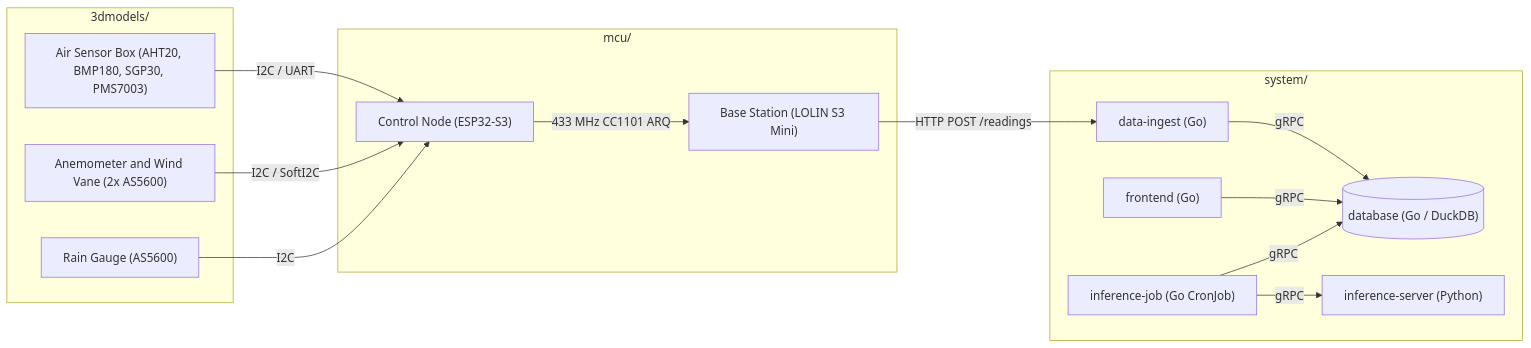
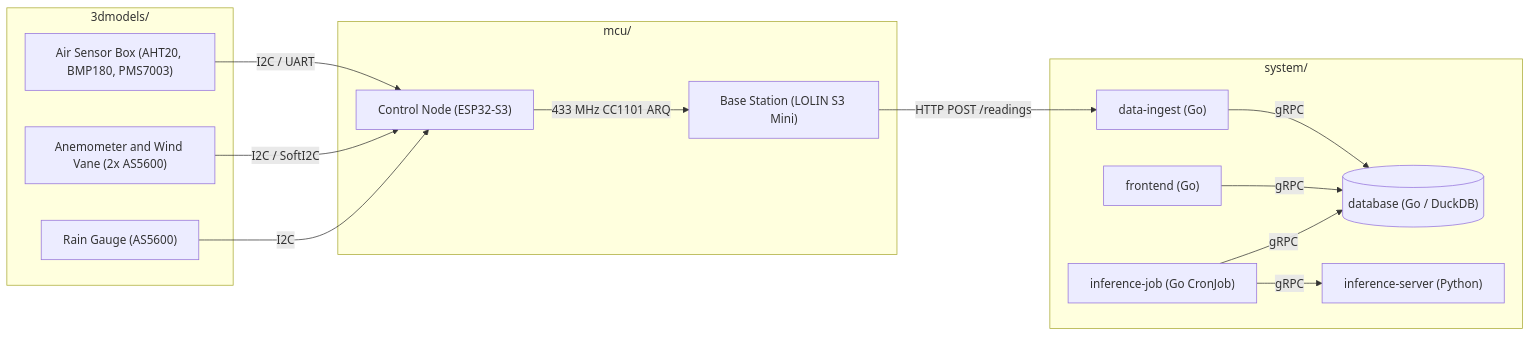
One commit to jotonedev/weather-station changed the diagram in README.md. Above: the diagram before and after it, drawn with Mermaid. The commit also changed 37 other files, not shown here.

````diff
--- a/README.md
+++ b/README.md
@@ -20,33 +20,33 @@
 ```mermaid
 flowchart LR
     subgraph Enclosures["3dmodels/"]
-        AirBox["Air Sensor Box (AHT20, BMP180, SGP30, PMS7003)"]
+        AirBox["Air Sensor Box (AHT20, BMP180, PMS7003)"]
         Wind["Anemometer and Wind Vane (2x AS5600)"]
         Rain["Rain Gauge (AS5600)"]
     end
 
     subgraph Firmware["mcu/"]
         CN["Control Node (ESP32-S3)"]
         BS["Base Station (LOLIN S3 Mini)"]
     end
 
     subgraph Backend["system/"]
         Ingest["data-ingest (Go)"]
         DB[("database (Go / DuckDB)")]
         Job["inference-job (Go CronJob)"]
         Inf["inference-server (Python)"]
         FE["frontend (Go)"]
     end
 
     AirBox -->|I2C / UART| CN
     Wind -->|I2C / SoftI2C| CN
     Rain -->|I2C| CN
 
     CN -->|433 MHz CC1101 ARQ| BS
     BS -->|HTTP POST /readings| Ingest
 
     Ingest -->|gRPC| DB
     FE -->|gRPC| DB
     Job -->|gRPC| DB
     Job -->|gRPC| Inf
 ```
````
